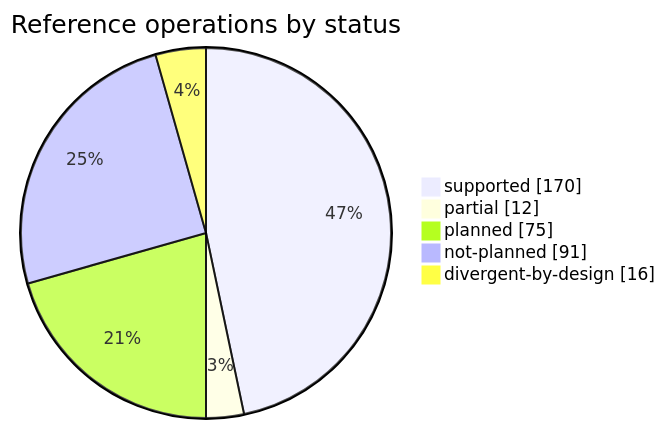
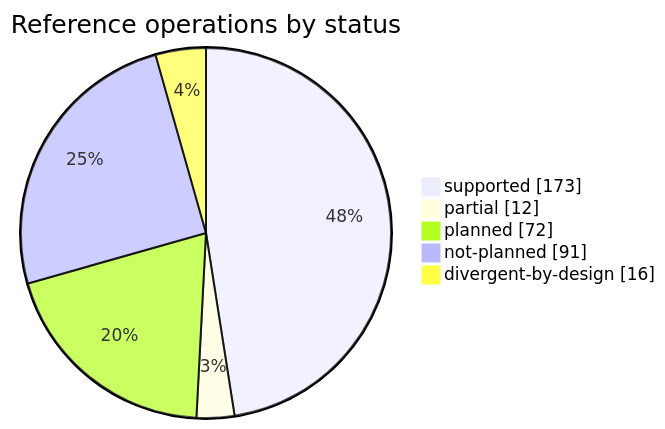
One commit to rafaelvieiras/tinyfin changed the first of 2 diagrams in docs/COVERAGE.md. Above: the diagram before and after it, drawn with Mermaid. The commit also changed other lines of this file and 18 other files, not shown here.

````diff
--- a/docs/COVERAGE.md
+++ b/docs/COVERAGE.md
@@ -32,8 +32,8 @@
 ```mermaid
 pie showData title Reference operations by status
-    "supported" : 170
+    "supported" : 173
     "partial" : 12
-    "planned" : 75
+    "planned" : 72
     "not-planned" : 91
     "divergent-by-design" : 16
 ```
````
